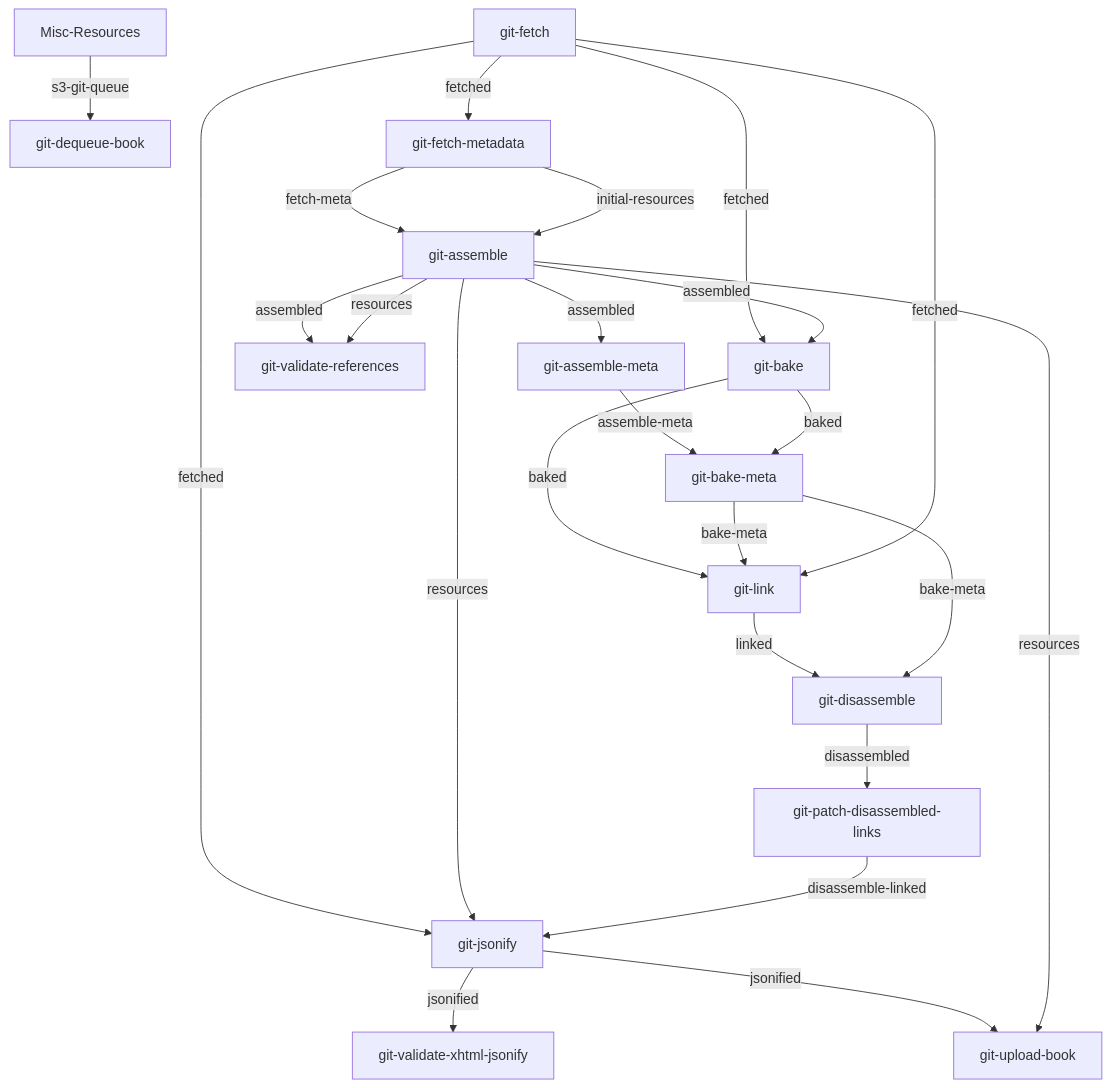
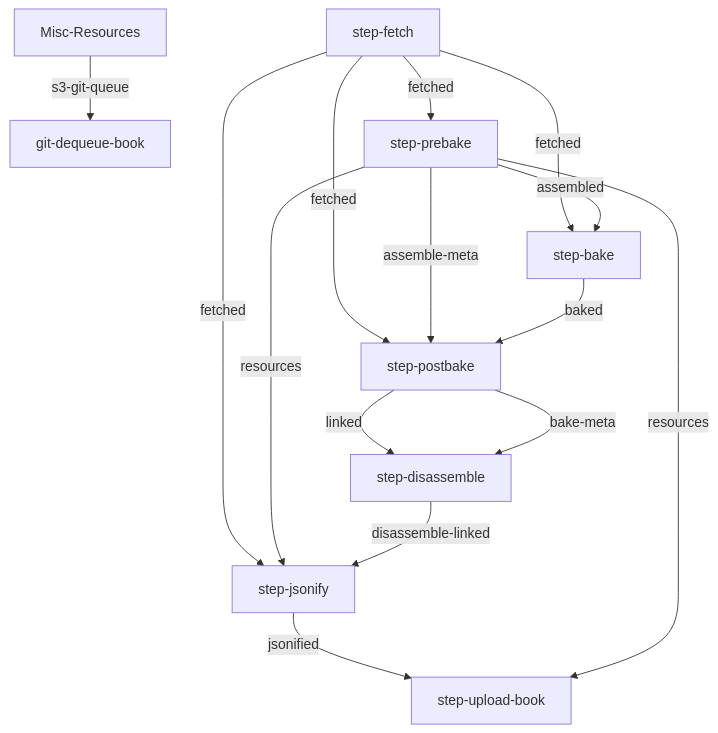
Before and after one commit to openstax/enki: the second of 4 diagrams in build-concourse/graphs/README.md, drawn with Mermaid. The commit also changed other lines of this file and 33 other files, not shown here.

````diff
--- a/build-concourse/graphs/README.md
+++ b/build-concourse/graphs/README.md
@@ -41,26 +29,17 @@
 ```mermaid
 graph TB
     Misc-Resources -- s3-git-queue --> git-dequeue-book
-    git-fetch -- fetched --> git-fetch-metadata
-    git-fetch-metadata -- fetch-meta --> git-assemble
-    git-fetch-metadata -- initial-resources --> git-assemble
-    git-assemble -- assembled --> git-assemble-meta
-    git-assemble -- assembled --> git-validate-references
-    git-assemble -- resources --> git-validate-references
-    git-fetch -- fetched --> git-bake
-    git-assemble -- assembled --> git-bake
-    git-assemble-meta -- assemble-meta --> git-bake-meta
-    git-bake -- baked --> git-bake-meta
-    git-bake -- baked --> git-link
-    git-bake-meta -- bake-meta --> git-link
-    git-fetch -- fetched --> git-link
-    git-link -- linked --> git-disassemble
-    git-bake-meta -- bake-meta --> git-disassemble
-    git-disassemble -- disassembled --> git-patch-disassembled-links
-    git-fetch -- fetched --> git-jsonify
-    git-assemble -- resources --> git-jsonify
-    git-patch-disassembled-links -- disassemble-linked --> git-jsonify
-    git-jsonify -- jsonified --> git-validate-xhtml-jsonify
-    git-jsonify -- jsonified --> git-upload-book
-    git-assemble -- resources --> git-upload-book
+    step-fetch -- fetched --> step-prebake
+    step-fetch -- fetched --> step-bake
+    step-prebake -- assembled --> step-bake
+    step-fetch -- fetched --> step-postbake
+    step-prebake -- assemble-meta --> step-postbake
+    step-bake -- baked --> step-postbake
+    step-postbake -- linked --> step-disassemble
+    step-postbake -- bake-meta --> step-disassemble
+    step-fetch -- fetched --> step-jsonify
+    step-prebake -- resources --> step-jsonify
+    step-disassemble -- disassemble-linked --> step-jsonify
+    step-jsonify -- jsonified --> step-upload-book
+    step-prebake -- resources --> step-upload-book
 ```
````
